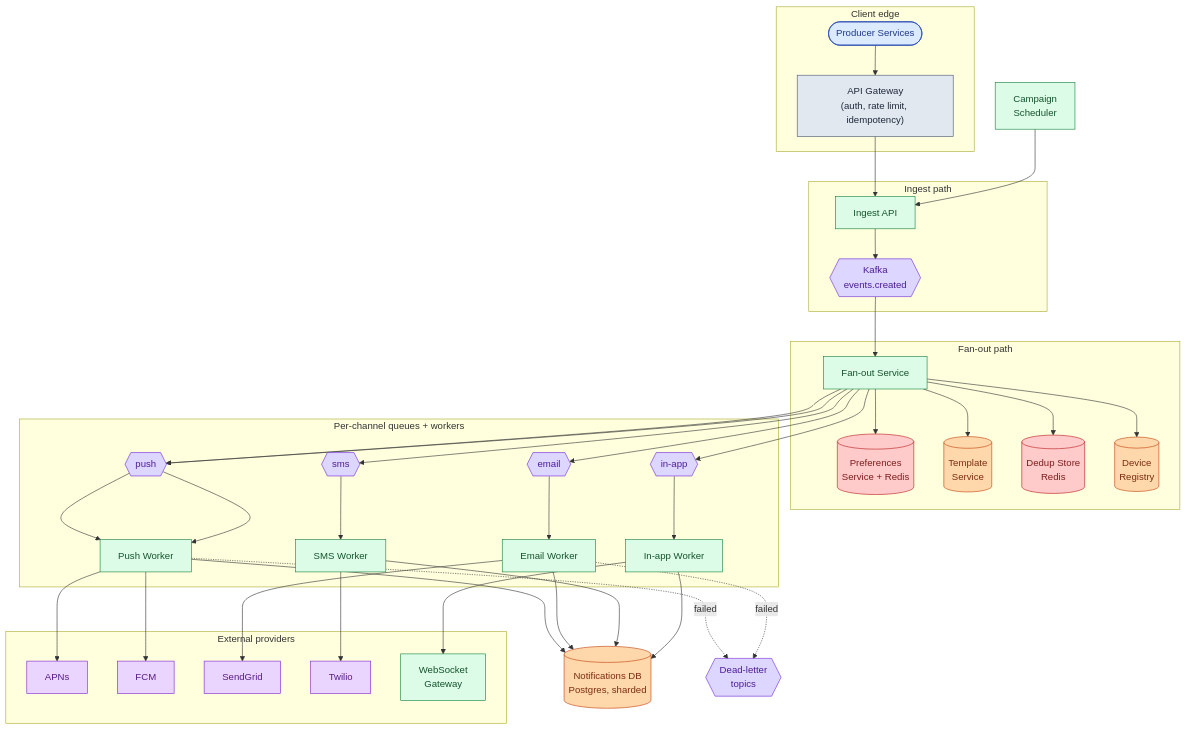
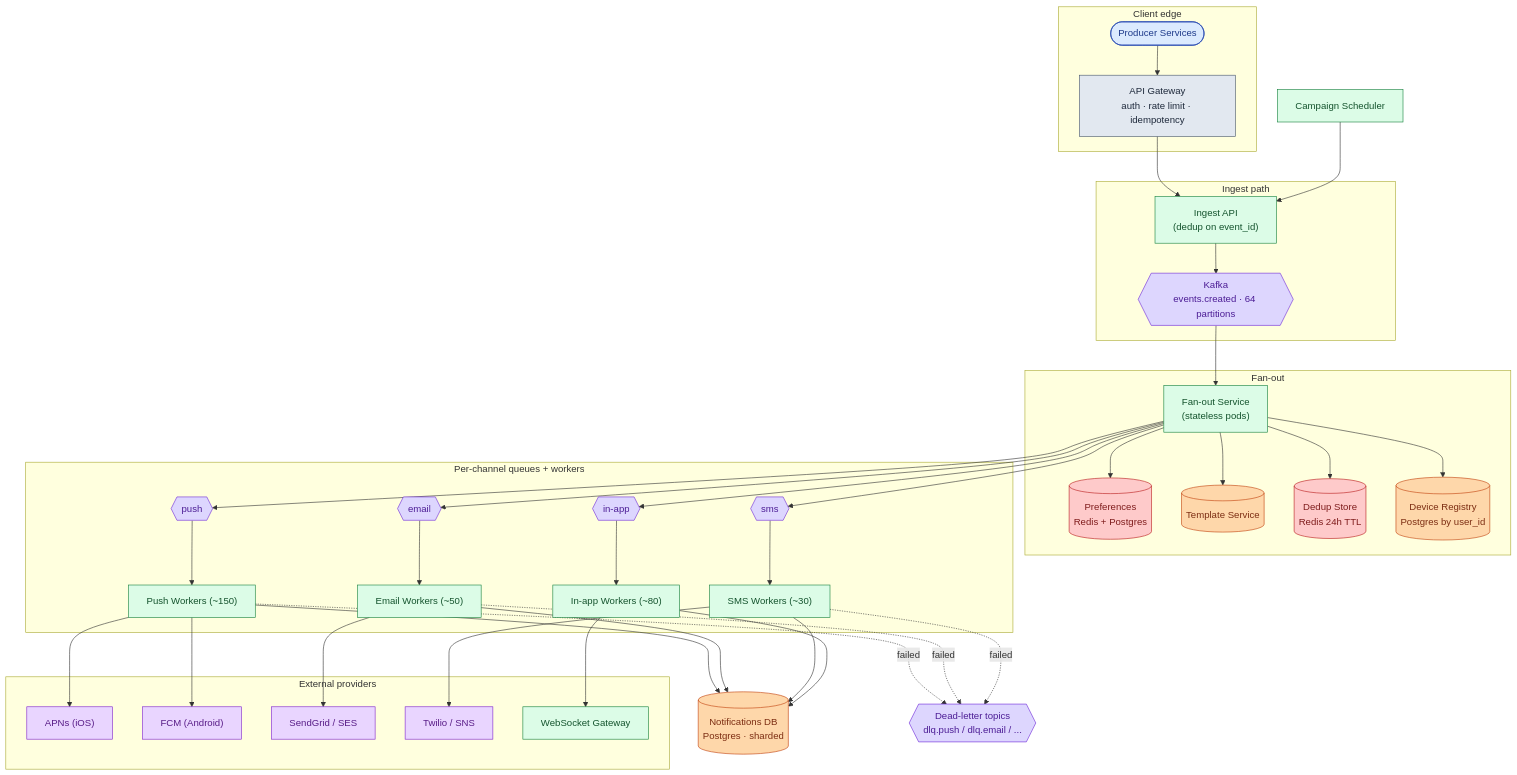
One commit to shiningflash/shiningflash.github.io changed the seventh of 14 diagrams in _practice/system-design/010-notification-system.md. Above: the diagram before and after it, drawn with Mermaid. The commit also changed other lines of this file and 18 other files, not shown here.

````diff
--- a/_practice/system-design/010-notification-system.md
+++ b/_practice/system-design/010-notification-system.md
@@ -323,71 +319,76 @@
 ```mermaid
 flowchart TB
     subgraph Edge["Client edge"]
         P([Producer Services]):::user
-        GW["API Gateway<br/>(auth, rate limit, idempotency)"]:::edge
+        GW["API Gateway<br/>auth · rate limit · idempotency"]:::edge
     end
 
     subgraph Ingest["Ingest path"]
-        I["Ingest API"]:::app
-        K{{"Kafka<br/>events.created"}}:::queue
+        I["Ingest API<br/>(dedup on event_id)"]:::app
+        K{{"Kafka<br/>events.created · 64 partitions"}}:::queue
     end
 
-    subgraph FanOut["Fan-out path"]
-        F["Fan-out Service"]:::app
-        Prefs[("Preferences<br/>Service + Redis")]:::cache
-        Tmpl[("Template<br/>Service")]:::db
-        DD[("Dedup Store<br/>Redis")]:::cache
-        DR[("Device<br/>Registry")]:::db
+    subgraph FanOut["Fan-out"]
+        F["Fan-out Service<br/>(stateless pods)"]:::app
+        Prefs[("Preferences<br/>Redis + Postgres")]:::cache
+        Tmpl[("Template Service")]:::db
+        DD[("Dedup Store<br/>Redis 24h TTL")]:::cache
+        DR[("Device Registry<br/>Postgres by user_id")]:::db
     end
 
     subgraph Channels["Per-channel queues + workers"]
         KP{{"push"}}:::queue
         KE{{"email"}}:::queue
         KS{{"sms"}}:::queue
         KI{{"in-app"}}:::queue
-        PW["Push Worker"]:::app
-        EW["Email Worker"]:::app
-        SW["SMS Worker"]:::app
-        IW["In-app Worker"]:::app
+        PW["Push Workers (~150)"]:::app
+        EW["Email Workers (~50)"]:::app
+        SW["SMS Workers (~30)"]:::app
+        IW["In-app Workers (~80)"]:::app
     end
 
     subgraph Providers["External providers"]
-        APNs:::ext
-        FCM:::ext
-        SG[SendGrid]:::ext
-        TW[Twilio]:::ext
-        WS["WebSocket<br/>Gateway"]:::app
+        APNs["APNs (iOS)"]:::ext
+        FCM["FCM (Android)"]:::ext
+        SG["SendGrid / SES"]:::ext
+        TW["Twilio / SNS"]:::ext
+        WS["WebSocket Gateway"]:::app
     end
 
-    DB[("Notifications DB<br/>Postgres, sharded")]:::db
-    Camp["Campaign<br/>Scheduler"]:::app
-    DLQ{{"Dead-letter<br/>topics"}}:::queue
+    DB[("Notifications DB<br/>Postgres · sharded")]:::db
+    DLQ{{"Dead-letter topics<br/>dlq.push / dlq.email / ..."}}:::queue
+    Camp["Campaign Scheduler"]:::app
 
     P --> GW --> I
     I --> K
     K --> F
     F --> Prefs
     F --> Tmpl
     F --> DD
     F --> DR
-    F --> KP --> PW --> APNs
-    F --> KP --> PW --> FCM
-    F --> KE --> EW --> SG
-    F --> KS --> SW --> TW
-    F --> KI --> IW --> WS
+    F --> KP --> PW
+    F --> KE --> EW
+    F --> KS --> SW
+    F --> KI --> IW
+    PW --> APNs
+    PW --> FCM
+    EW --> SG
+    SW --> TW
+    IW --> WS
     PW --> DB
     EW --> DB
     SW --> DB
     IW --> DB
     PW -.failed.-> DLQ
     EW -.failed.-> DLQ
+    SW -.failed.-> DLQ
     Camp --> I
 
     classDef user fill:#dbeafe,stroke:#1e40af,color:#1e3a8a
     classDef edge fill:#e2e8f0,stroke:#475569,color:#1e293b
     classDef app fill:#dcfce7,stroke:#15803d,color:#14532d
     classDef db fill:#fed7aa,stroke:#c2410c,color:#7c2d12
     classDef cache fill:#fecaca,stroke:#b91c1c,color:#7f1d1d
     classDef queue fill:#ddd6fe,stroke:#6d28d9,color:#4c1d95
     classDef ext fill:#e9d5ff,stroke:#7e22ce,color:#581c87
 ```
````
